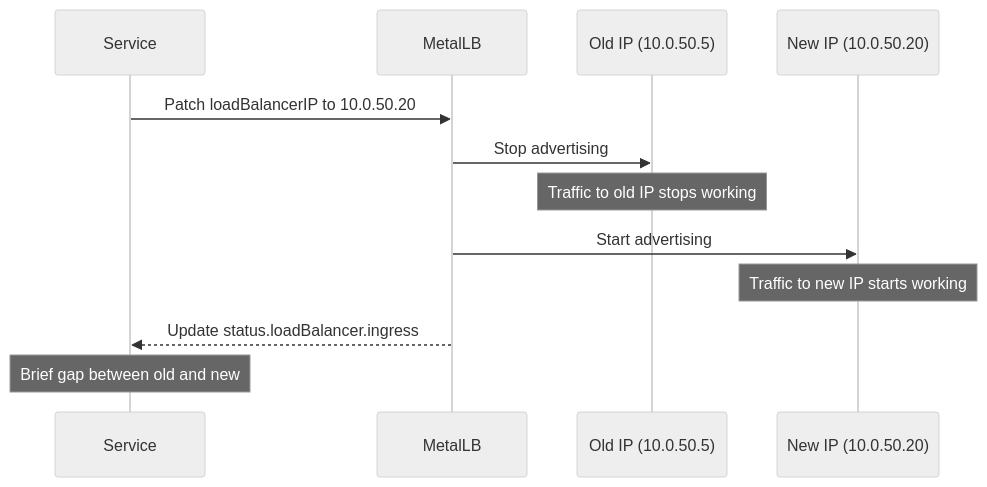
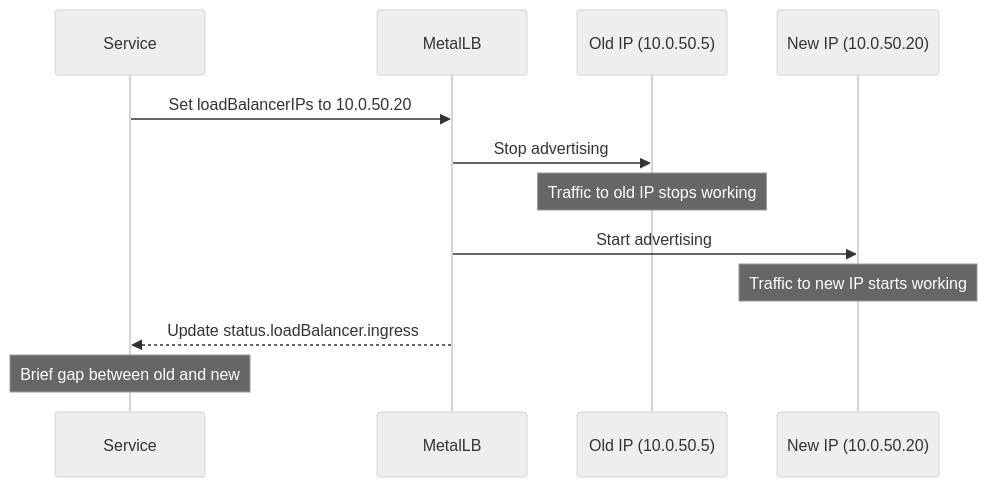
The second of 2 diagrams in posts/2026-02-20-metallb-change-service-ip/README.md (OneUptime/blog), drawn with Mermaid (neutral theme) before and after one commit. The commit also changed other lines of this file and 2 other files, not shown here.

````diff
--- a/posts/2026-02-20-metallb-change-service-ip/README.md
+++ b/posts/2026-02-20-metallb-change-service-ip/README.md
@@ -110,15 +119,15 @@
 ```mermaid
 sequenceDiagram
     participant Svc as Service
     participant MLB as MetalLB
     participant Old as Old IP (10.0.50.5)
     participant New as New IP (10.0.50.20)
 
-    Svc->>MLB: Patch loadBalancerIP to 10.0.50.20
+    Svc->>MLB: Set loadBalancerIPs to 10.0.50.20
     MLB->>Old: Stop advertising
     Note over Old: Traffic to old IP stops working
     MLB->>New: Start advertising
     Note over New: Traffic to new IP starts working
     MLB-->>Svc: Update status.loadBalancer.ingress
     Note over Svc: Brief gap between old and new
 ```
````
